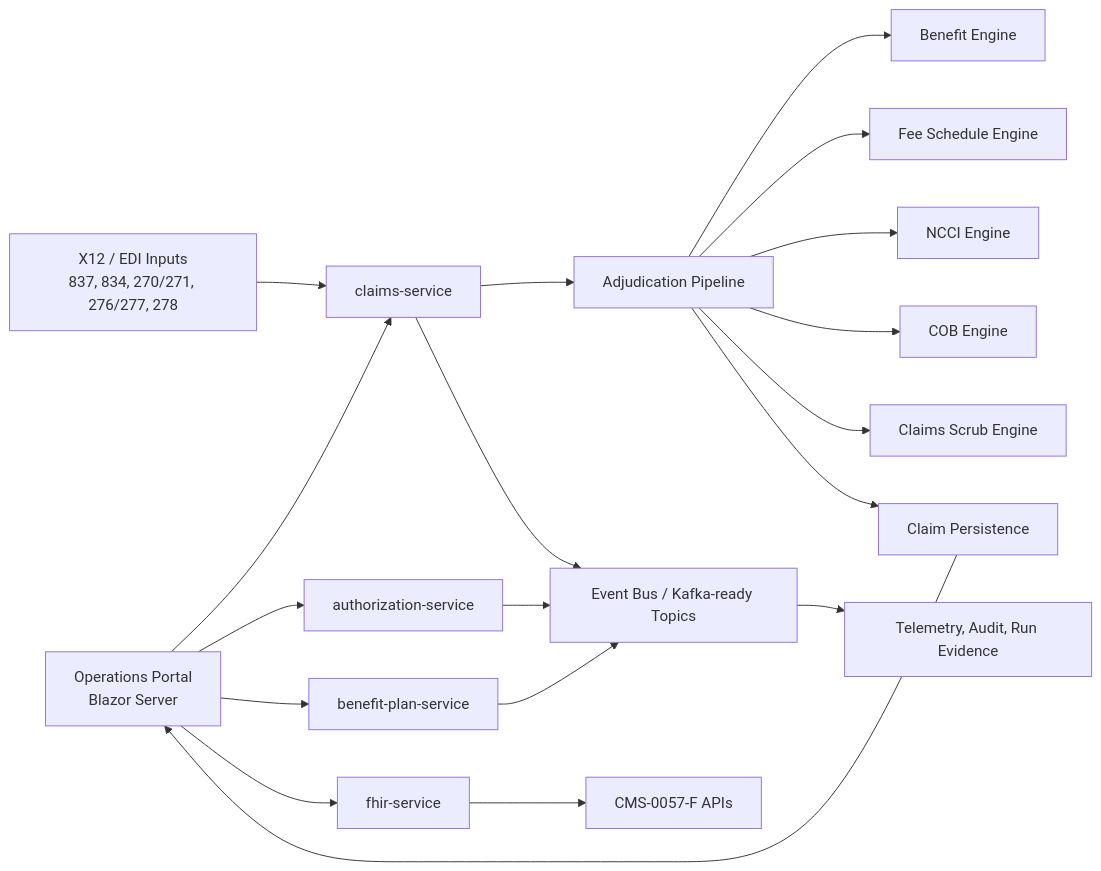
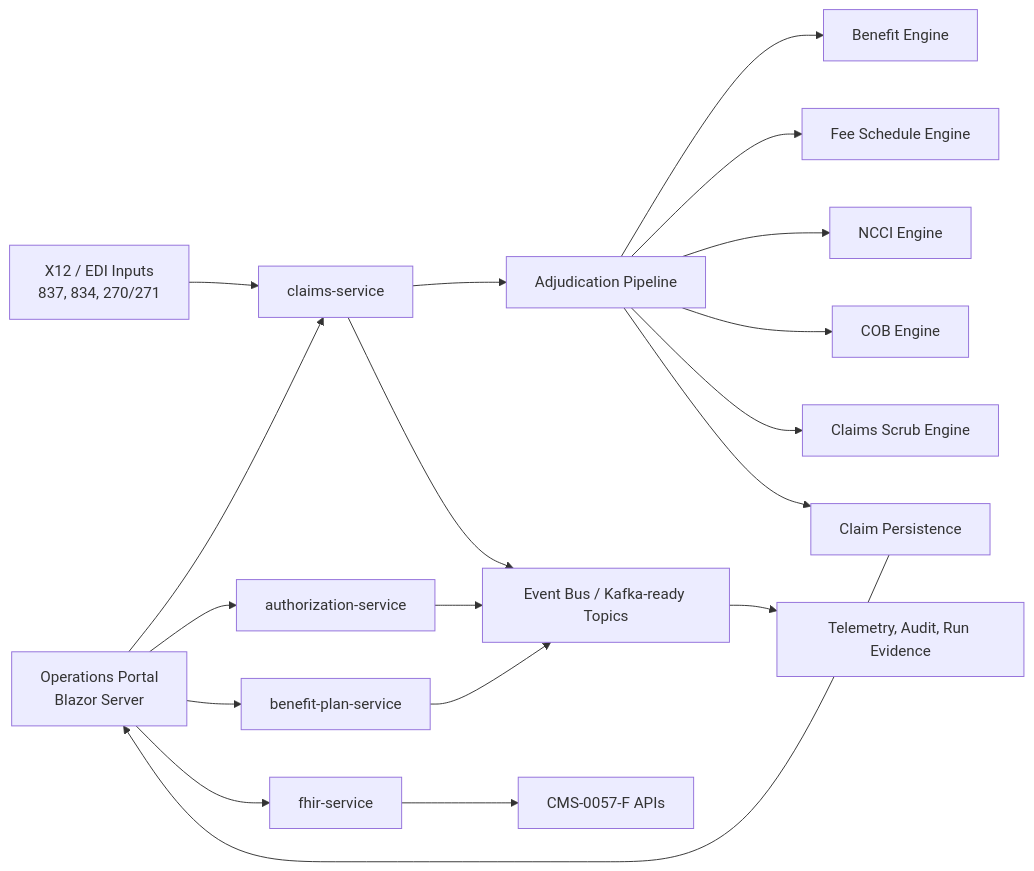
Before and after one commit to aurelianware/cloudhealthoffice: the diagram in README.md, drawn with Mermaid. The commit also changed 7 other files, not shown here.

````diff
--- a/README.md
+++ b/README.md
@@ -71,24 +71,24 @@
 ```mermaid
 flowchart LR
     Portal["Operations Portal\nBlazor Server"] --> Claims["claims-service"]
     Portal --> Authz["authorization-service"]
     Portal --> Benefits["benefit-plan-service"]
     Portal --> Fhir["fhir-service"]
 
-    X12["X12 / EDI Inputs\n837, 834, 270/271, 276/277, 278"] --> Claims
+    X12["X12 / EDI Inputs\n837, 834, 270/271"] --> Claims
     Claims --> Pipeline["Adjudication Pipeline"]
     Pipeline --> BenefitEngine["Benefit Engine"]
     Pipeline --> FeeEngine["Fee Schedule Engine"]
     Pipeline --> Ncci["NCCI Engine"]
     Pipeline --> Cob["COB Engine"]
     Pipeline --> Scrub["Claims Scrub Engine"]
     Pipeline --> Persistence["Claim Persistence"]
 
     Claims --> Events["Event Bus / Kafka-ready Topics"]
     Authz --> Events
     Benefits --> Events
     Events --> Observability["Telemetry, Audit, Run Evidence"]
 
     Fhir --> Cms["CMS-0057-F APIs"]
     Persistence --> Portal
 ```
````
